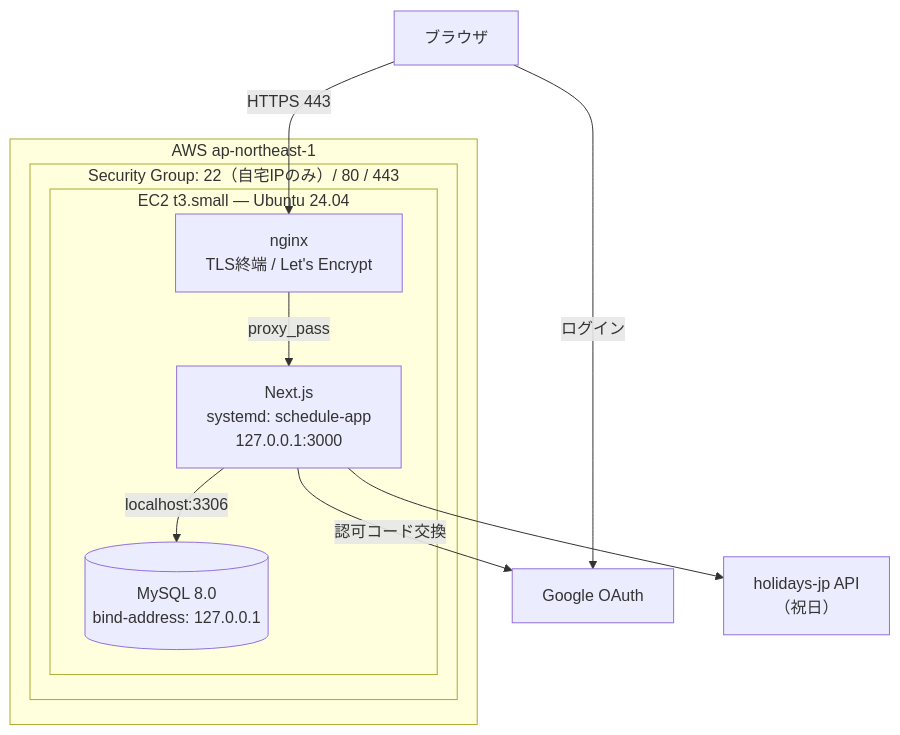
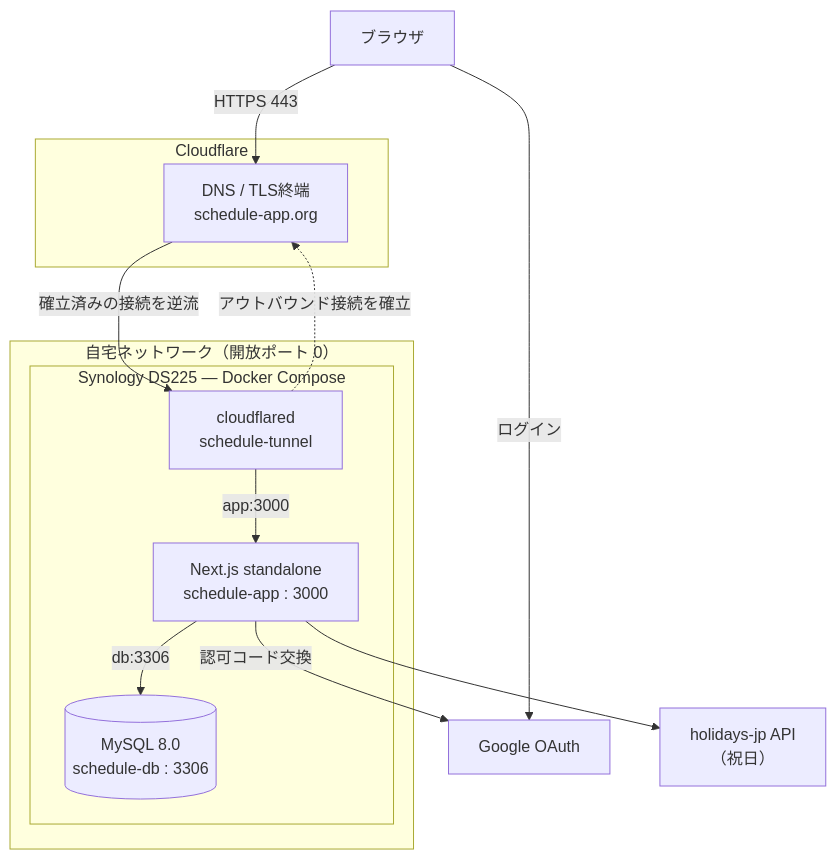
One commit to Akaimelon/schedule-app-next changed the diagram in README.md. Above: the diagram before and after it, drawn with Mermaid. The commit also changed other lines of this file and 2 other files, not shown here.

Commit message:
feat:README.mdの更新

````diff
--- a/README.md
+++ b/README.md
@@ -31,23 +43,27 @@
 ```mermaid
 flowchart TB
     User["ブラウザ"]
     Google["Google OAuth"]
     Holidays["holidays-jp API<br/>（祝日）"]
 
-    subgraph AWS["AWS ap-northeast-1"]
-        subgraph SG["Security Group: 22（自宅IPのみ）/ 80 / 443"]
-            subgraph EC2["EC2 t3.small — Ubuntu 24.04"]
-                Nginx["nginx<br/>TLS終端 / Let's Encrypt"]
-                App["Next.js<br/>systemd: schedule-app<br/>127.0.0.1:3000"]
-                DB[("MySQL 8.0<br/>bind-address: 127.0.0.1")]
-            end
+    subgraph CF["Cloudflare"]
+        Edge["DNS / TLS終端<br/>schedule-app.org"]
+    end
+
+    subgraph Home["自宅ネットワーク（開放ポート 0）"]
+        subgraph NAS["Synology DS225 — Docker Compose"]
+            Tunnel["cloudflared<br/>schedule-tunnel"]
+            App["Next.js standalone<br/>schedule-app : 3000"]
+            DB[("MySQL 8.0<br/>schedule-db : 3306")]
         end
     end
 
-    User -->|HTTPS 443| Nginx
-    Nginx -->|proxy_pass| App
-    App -->|localhost:3306| DB
+    User -->|HTTPS 443| Edge
+    Tunnel -.->|アウトバウンド接続を確立| Edge
+    Edge -->|確立済みの接続を逆流| Tunnel
+    Tunnel -->|app:3000| App
+    App -->|db:3306| DB
     User -->|ログイン| Google
     App -->|認可コード交換| Google
     App --> Holidays
 ```
````
